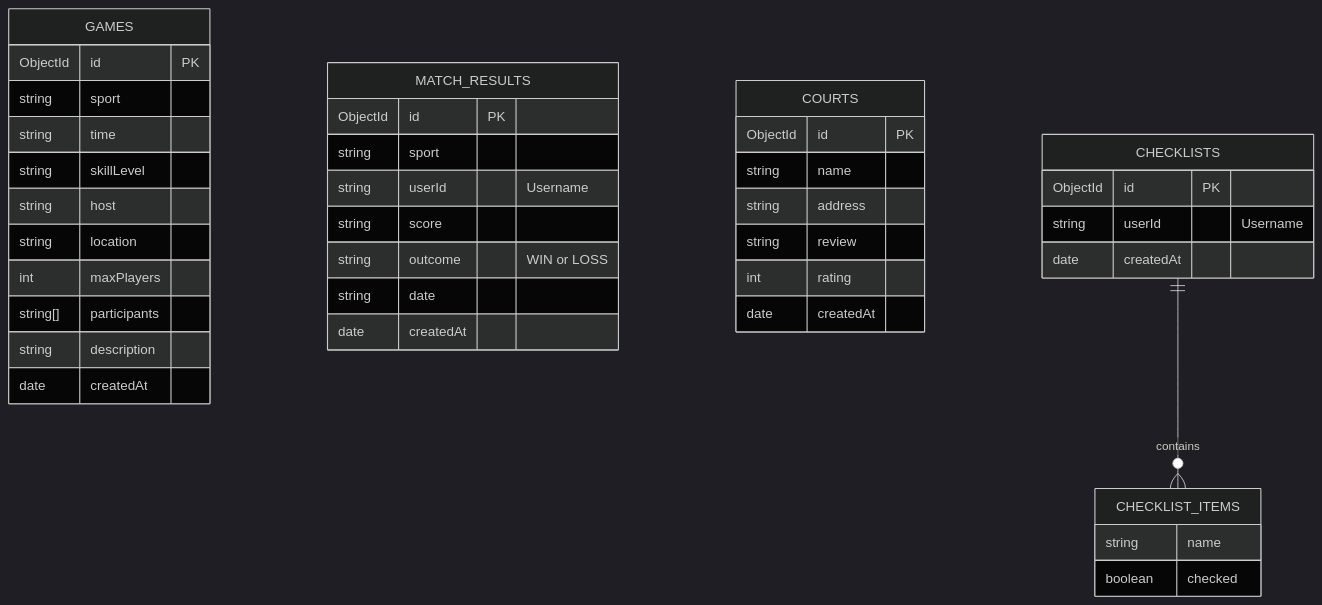
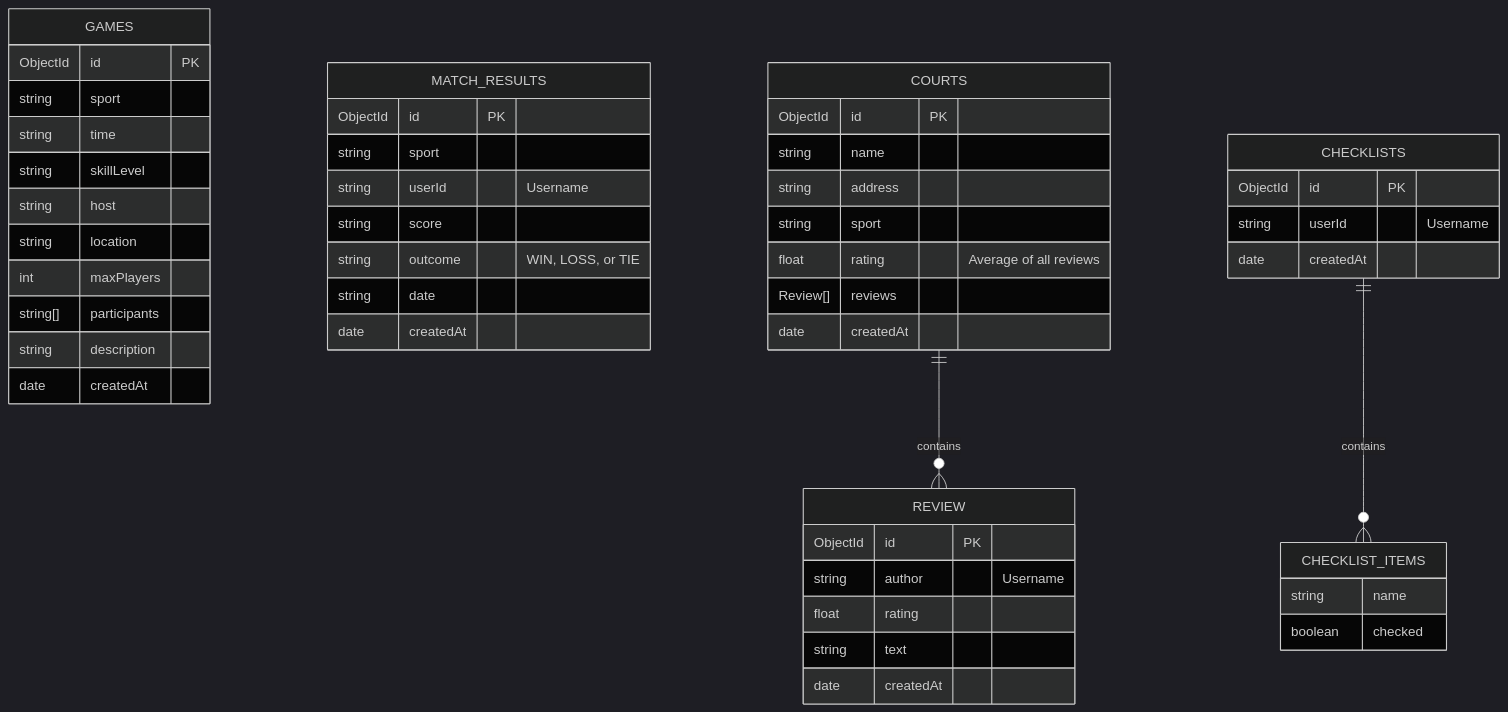
Before and after one commit to wuhong4088/CourtSide: the diagram in DESIGN.md, drawn with Mermaid (dark theme). The commit also changed 5 other files, not shown here.

Commit message:
Enhance Court Reviews: Implement multi-review support, update review handling, and improve user experience for writing and deleting reviews

````diff
--- a/DESIGN.md
+++ b/DESIGN.md
@@ -94,42 +94,51 @@
 ```mermaid
 erDiagram
     GAMES {
         ObjectId id PK
         string sport
         string time
         string skillLevel
         string host
         string location
         int maxPlayers
         string[] participants
         string description
         date createdAt
     }
     MATCH_RESULTS {
         ObjectId id PK
         string sport
         string userId "Username"
         string score
-        string outcome "WIN or LOSS"
+        string outcome "WIN, LOSS, or TIE"
         string date
         date createdAt
     }
     COURTS {
         ObjectId id PK
         string name
         string address
-        string review
-        int rating
+        string sport
+        float rating "Average of all reviews"
+        Review[] reviews
         date createdAt
     }
+    REVIEW {
+        ObjectId id PK
+        string author "Username"
+        float rating
+        string text
+        date createdAt
+    }
+    COURTS ||--o{ REVIEW : contains
     CHECKLISTS {
         ObjectId id PK
         string userId "Username"
         date createdAt
     }
     CHECKLIST_ITEMS {
         string name
         boolean checked
     }
     CHECKLISTS ||--o{ CHECKLIST_ITEMS : contains
 ```
````
